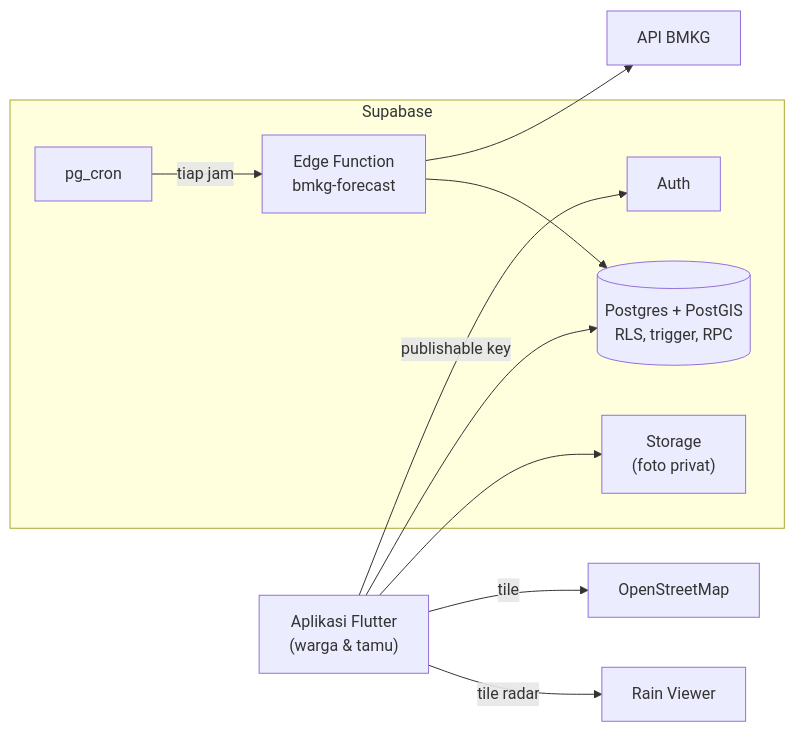
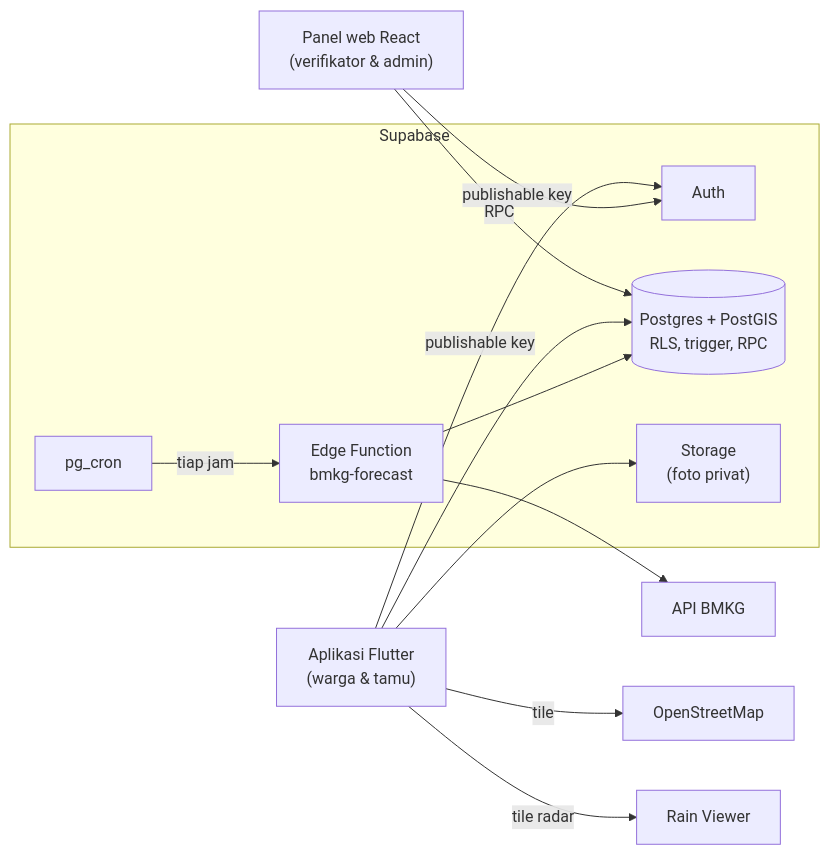
The diagram in README.md (Nuzzy32/Rivora), drawn with Mermaid before and after one commit. The commit also changed other lines of this file and 17 other files, not shown here.

First line of the commit message:
Panel web Verifikator & Admin

````diff
--- a/README.md
+++ b/README.md
@@ -45,19 +46,22 @@
 ```mermaid
 flowchart LR
     App["Aplikasi Flutter<br/>(warga & tamu)"]
+    Web["Panel web React<br/>(verifikator & admin)"]
     subgraph Supabase
         Auth[Auth]
         DB[("Postgres + PostGIS<br/>RLS, trigger, RPC")]
         Storage["Storage<br/>(foto privat)"]
         Fn["Edge Function<br/>bmkg-forecast"]
         Cron[pg_cron]
     end
     App -- "publishable key" --> Auth
+    Web -- "publishable key" --> Auth
+    Web -- RPC --> DB
     App --> DB
     App --> Storage
     Cron -- "tiap jam" --> Fn
     Fn --> BMKG[API BMKG]
     Fn --> DB
     App -- tile --> OSM[OpenStreetMap]
     App -- "tile radar" --> RV[Rain Viewer]
 ```
````
